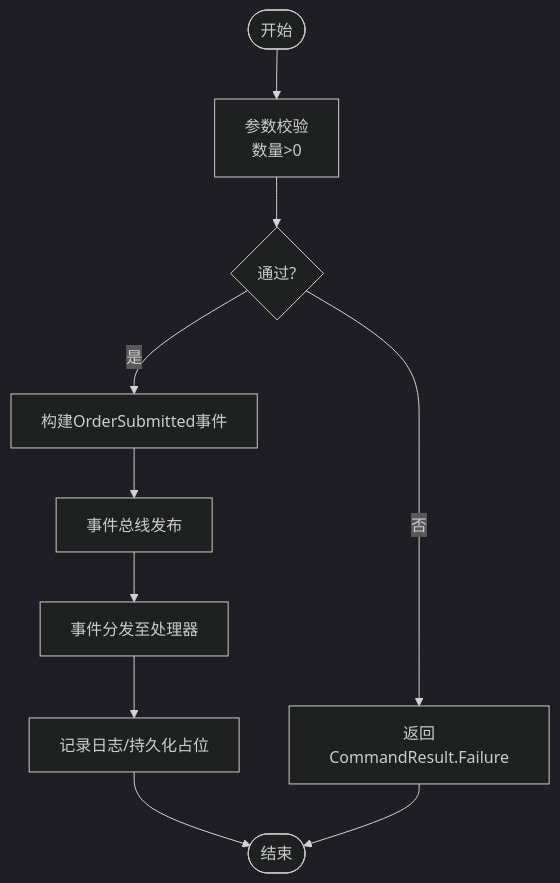
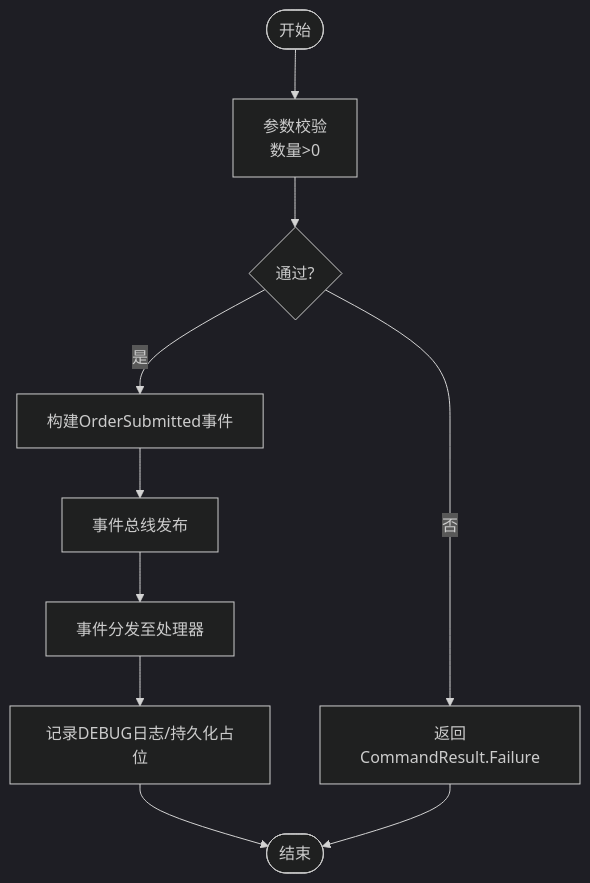
Before and after one commit to Heres1/binanceWebsocket: the third of 6 diagrams in .qoder/repowiki/zh/content/业务服务/订单处理服务.md, drawn with Mermaid (dark theme). The commit also changed other lines of this file and 8 other files, not shown here.

````diff
--- a/.qoder/repowiki/zh/content/业务服务/订单处理服务.md
+++ b/.qoder/repowiki/zh/content/业务服务/订单处理服务.md
@@ -160,12 +179,12 @@
 ```mermaid
 flowchart TD
 Start(["开始"]) --> Validate["参数校验<br/>数量>0"]
 Validate --> Valid{"通过?"}
 Valid --> |否| Fail["返回CommandResult.Failure"]
 Valid --> |是| BuildEvent["构建OrderSubmitted事件"]
 BuildEvent --> Publish["事件总线发布"]
 Publish --> Dispatch["事件分发至处理器"]
-Dispatch --> Log["记录日志/持久化占位"]
+Dispatch --> Log["记录DEBUG日志/持久化占位"]
 Log --> End(["结束"])
 Fail --> End
 ```
````
